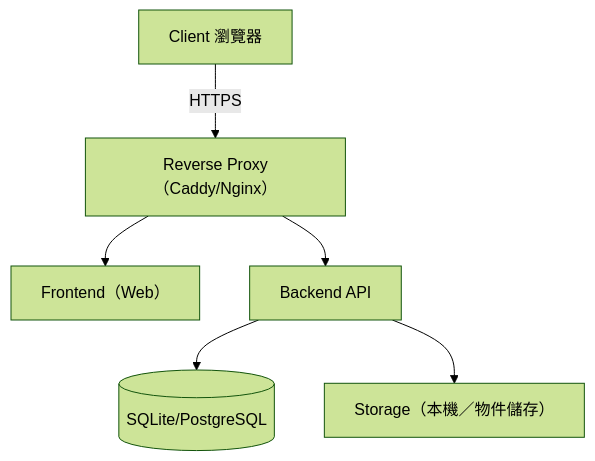
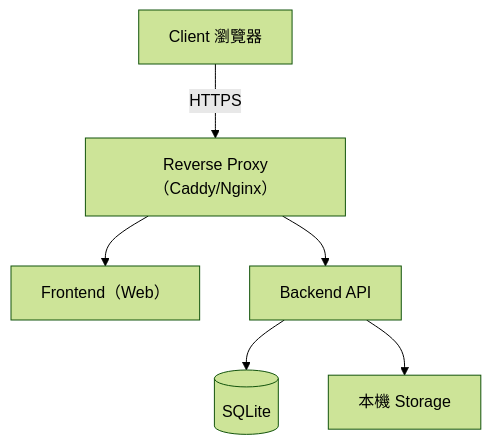
One commit to speko-tw/inspect-flow changed the eighth of 8 diagrams in docs/intents/01-overview.md. Above: the diagram before and after it, drawn with Mermaid (forest theme). The commit also changed other lines of this file and 5 other files, not shown here.

````diff
--- a/docs/intents/01-overview.md
+++ b/docs/intents/01-overview.md
@@ -312,8 +248,8 @@
 ```mermaid
 flowchart TB
   Client["Client 瀏覽器"] -->|HTTPS| Proxy["Reverse Proxy（Caddy/Nginx）"]
   Proxy --> Web["Frontend（Web）"]
   Proxy --> API["Backend API"]
-  API --> DB[("SQLite/PostgreSQL")]
-  API --> Storage["Storage（本機／物件儲存）"]
+  API --> DB[("SQLite")]
+  API --> Storage["本機 Storage"]
 ```
````
